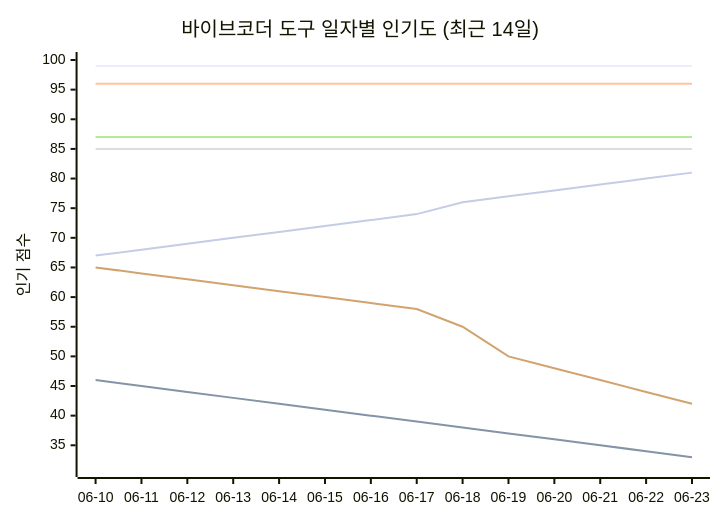
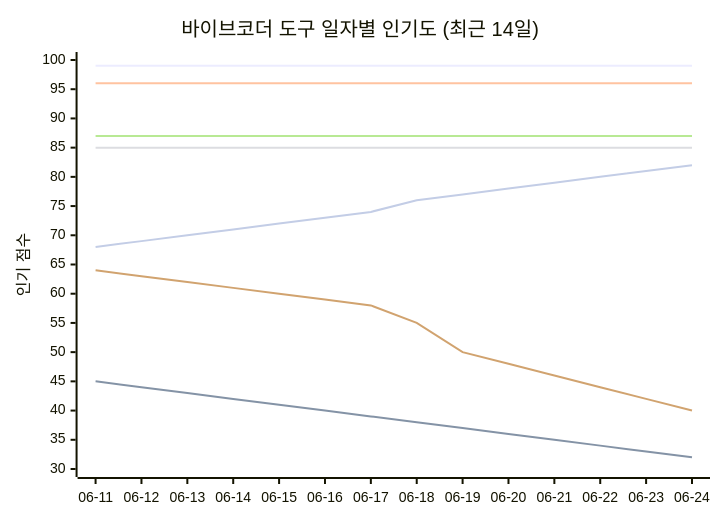
Before and after one commit to tykimos/ai-whatchelin: the seventh of 11 diagrams in README_ko.md, drawn with Mermaid. The commit also changed other lines of this file and 4 other files, not shown here.

````diff
--- a/README_ko.md
+++ b/README_ko.md
@@ -1679,13 +1679,13 @@
 ```mermaid
 xychart-beta
     title "바이브코더 도구 일자별 인기도 (최근 14일)"
-    x-axis ["06-10", "06-11", "06-12", "06-13", "06-14", "06-15", "06-16", "06-17", "06-18", "06-19", "06-20", "06-21", "06-22", "06-23"]
-    y-axis "인기 점수" 31 --> 100
+    x-axis ["06-11", "06-12", "06-13", "06-14", "06-15", "06-16", "06-17", "06-18", "06-19", "06-20", "06-21", "06-22", "06-23", "06-24"]
+    y-axis "인기 점수" 30 --> 100
     line "Claude Code" [99, 99, 99, 99, 99, 99, 99, 99, 99, 99, 99, 99, 99, 99]
-    line "GH Copilot" [46, 45, 44, 43, 42, 41, 40, 39, 38, 37, 36, 35, 34, 33]
+    line "GH Copilot" [45, 44, 43, 42, 41, 40, 39, 38, 37, 36, 35, 34, 33, 32]
     line "Cursor" [96, 96, 96, 96, 96, 96, 96, 96, 96, 96, 96, 96, 96, 96]
     line "Windsurf" [85, 85, 85, 85, 85, 85, 85, 85, 85, 85, 85, 85, 85, 85]
     line "Codex CLI" [87, 87, 87, 87, 87, 87, 87, 87, 87, 87, 87, 87, 87, 87]
-    line "Gemini CLI" [65, 64, 63, 62, 61, 60, 59, 58, 55, 50, 48, 46, 44, 42]
-    line "Antigravity" [67, 68, 69, 70, 71, 72, 73, 74, 76, 77, 78, 79, 80, 81]
+    line "Gemini CLI" [64, 63, 62, 61, 60, 59, 58, 55, 50, 48, 46, 44, 42, 40]
+    line "Antigravity" [68, 69, 70, 71, 72, 73, 74, 76, 77, 78, 79, 80, 81, 82]
 ```
````
